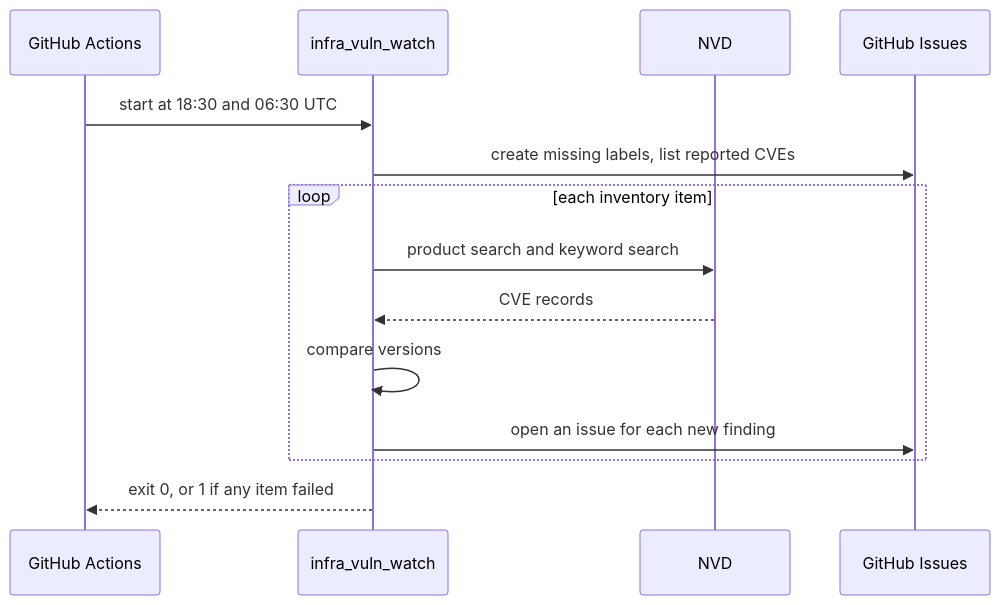
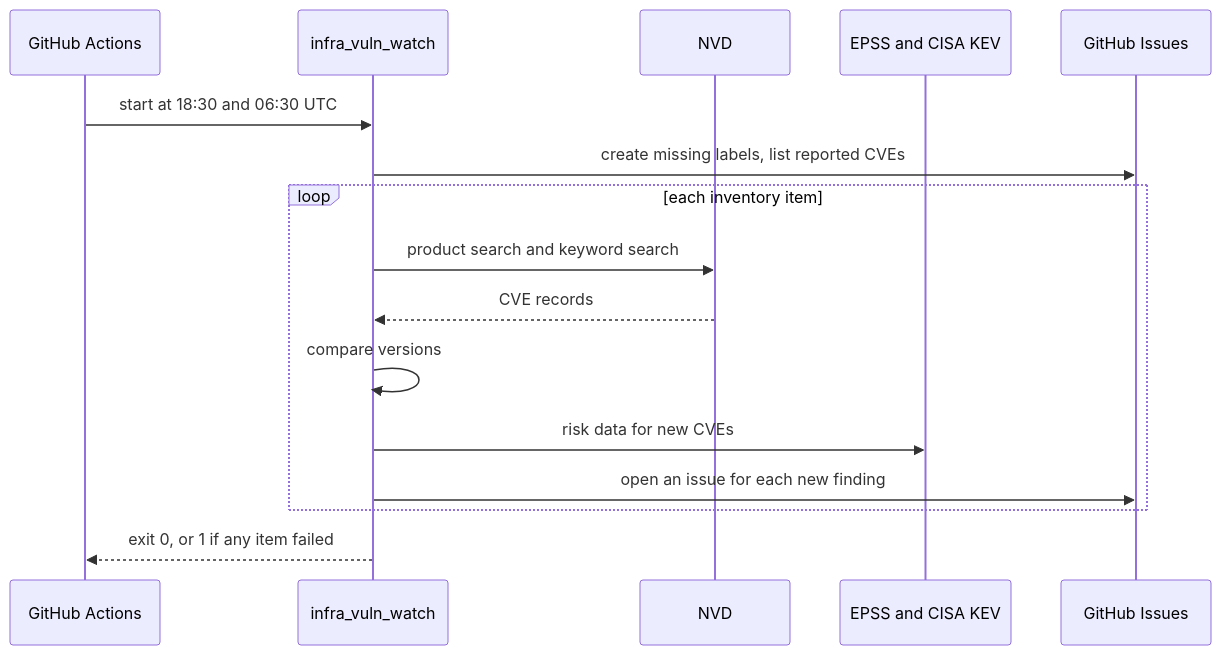
One commit to iamunnip/infra-vuln-watch changed the third of 5 diagrams in arc42/README.md. Above: the diagram before and after it, drawn with Mermaid. The commit also changed other lines of this file and 24 other files, not shown here.

Commit message:
document risk data, fix windows and the vulnerability fix process

````diff
--- a/arc42/README.md
+++ b/arc42/README.md
@@ -76,16 +81,18 @@
 ```mermaid
 sequenceDiagram
     participant A as GitHub Actions
     participant M as infra_vuln_watch
     participant N as NVD
+    participant R as EPSS and CISA KEV
     participant G as GitHub Issues
     A->>M: start at 18:30 and 06:30 UTC
     M->>G: create missing labels, list reported CVEs
     loop each inventory item
         M->>N: product search and keyword search
         N-->>M: CVE records
         M->>M: compare versions
+        M->>R: risk data for new CVEs
         M->>G: open an issue for each new finding
     end
     M-->>A: exit 0, or 1 if any item failed
 ```
````
